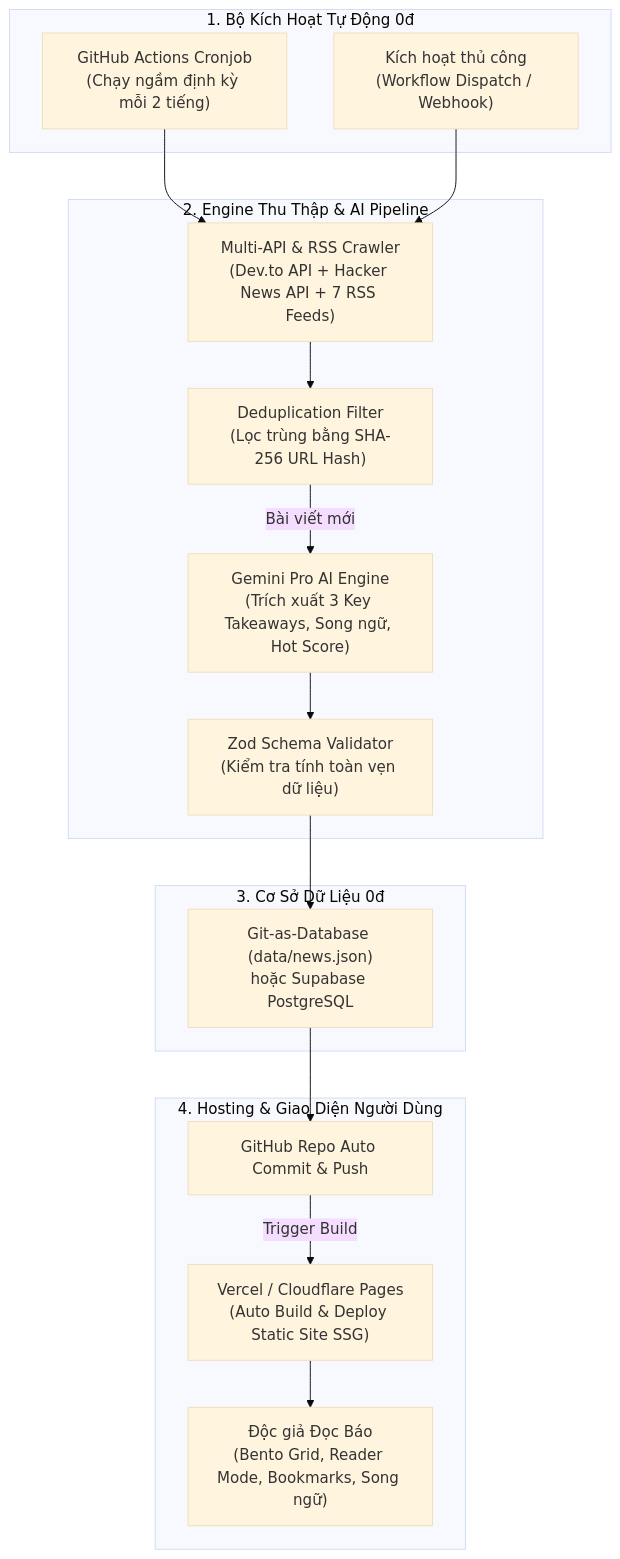
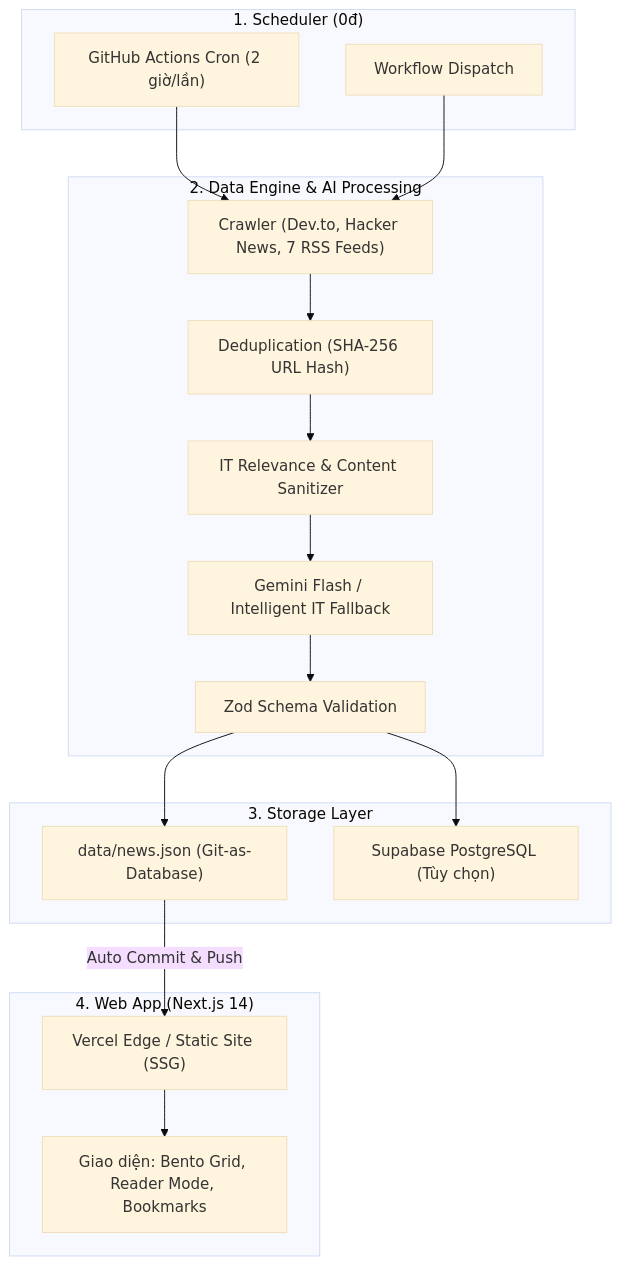
The diagram in README.md (ClearWind9u/ClearWind-Tech-News), drawn with Mermaid (base theme) before and after one commit. The commit also changed other lines of this file and 3 other files, not shown here.

````diff
--- a/README.md
+++ b/README.md
@@ -9,34 +9,31 @@
 ```mermaid
-graph TD
-    subgraph Schedulers ["1. Bộ Kích Hoạt Tự Động 0đ"]
-        A["GitHub Actions Cronjob<br/>(Chạy ngầm định kỳ mỗi 2 tiếng)"]
-        M["Kích hoạt thủ công<br/>(Workflow Dispatch / Webhook)"]
+flowchart TD
+    subgraph Automation ["1. Scheduler (0đ)"]
+        Cron["GitHub Actions Cron (2 giờ/lần)"]
+        Manual["Workflow Dispatch"]
     end
 
-    subgraph Crawler ["2. Engine Thu Thập & AI Pipeline"]
-        B["Multi-API & RSS Crawler<br/>(Dev.to API + Hacker News API + 7 RSS Feeds)"]
-        C["Deduplication Filter<br/>(Lọc trùng bằng SHA-256 URL Hash)"]
-        D["Gemini Pro AI Engine<br/>(Trích xuất 3 Key Takeaways, Song ngữ, Hot Score)"]
-        E["Zod Schema Validator<br/>(Kiểm tra tính toàn vẹn dữ liệu)"]
+    subgraph Pipeline ["2. Data Engine & AI Processing"]
+        Crawler["Crawler (Dev.to, Hacker News, 7 RSS Feeds)"]
+        Dedup["Deduplication (SHA-256 URL Hash)"]
+        Filter["IT Relevance & Content Sanitizer"]
+        AI["Gemini Flash / Intelligent IT Fallback"]
+        Validate["Zod Schema Validation"]
     end
 
-    subgraph Storage ["3. Cơ Sở Dữ Liệu 0đ"]
-        F["Git-as-Database (data/news.json)<br/>hoặc Supabase PostgreSQL"]
+    subgraph Storage ["3. Storage Layer"]
+        GitDB["data/news.json (Git-as-Database)"]
+        RemoteDB["Supabase PostgreSQL (Tùy chọn)"]
     end
 
-    subgraph Deployment ["4. Hosting & Giao Diện Người Dùng"]
-        G["GitHub Repo Auto Commit & Push"]
-        H["Vercel / Cloudflare Pages<br/>(Auto Build & Deploy Static Site SSG)"]
-        I["Độc giả Đọc Báo<br/>(Bento Grid, Reader Mode, Bookmarks, Song ngữ)"]
+    subgraph Client ["4. Web App (Next.js 14)"]
+        Vercel["Vercel Edge / Static Site (SSG)"]
+        Reader["Giao diện: Bento Grid, Reader Mode, Bookmarks"]
     end
 
-    A --> B
-    M --> B
-    B --> C
-    C -->|Bài viết mới| D
-    D --> E
-    E --> F
-    F --> G
-    G -->|Trigger Build| H
-    H --> I
+    Cron --> Crawler
+    Manual --> Crawler
+    Crawler --> Dedup --> Filter --> AI --> Validate
+    Validate --> GitDB & RemoteDB
+    GitDB -->|Auto Commit & Push| Vercel --> Reader
 ```
````
